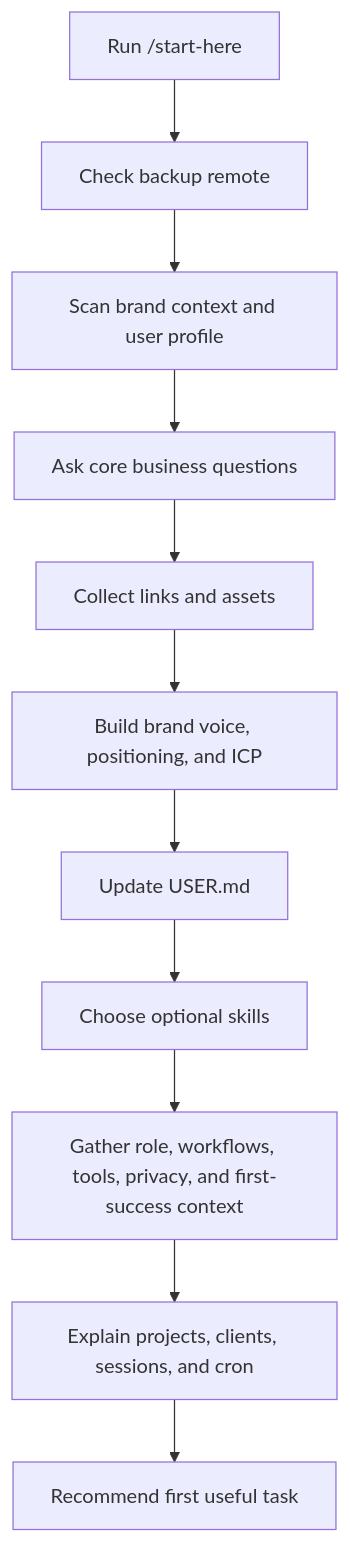
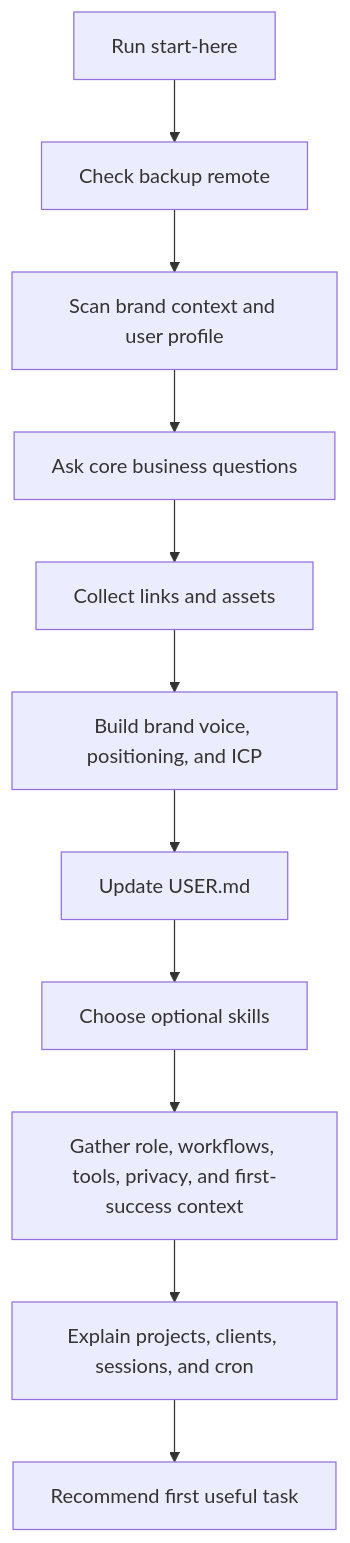
The diagram in docs/start-here-first-run.md (camrontaylor/AI-OS-Template), drawn with Mermaid before and after one commit. The commit also changed other lines of this file and 16 other files, not shown here.

Commit message:
Make start-here onboarding a core skill

````diff
--- a/docs/start-here-first-run.md
+++ b/docs/start-here-first-run.md
@@ -42,13 +43,13 @@
 ```mermaid
 flowchart TD
-  A["Run /start-here"] --> B["Check backup remote"]
+  A["Run start-here"] --> B["Check backup remote"]
   B --> C["Scan brand context and user profile"]
   C --> D["Ask core business questions"]
   D --> E["Collect links and assets"]
   E --> F["Build brand voice, positioning, and ICP"]
   F --> G["Update USER.md"]
   G --> H["Choose optional skills"]
   H --> I["Gather role, workflows, tools, privacy, and first-success context"]
   I --> J["Explain projects, clients, sessions, and cron"]
   J --> K["Recommend first useful task"]
 ```
````
